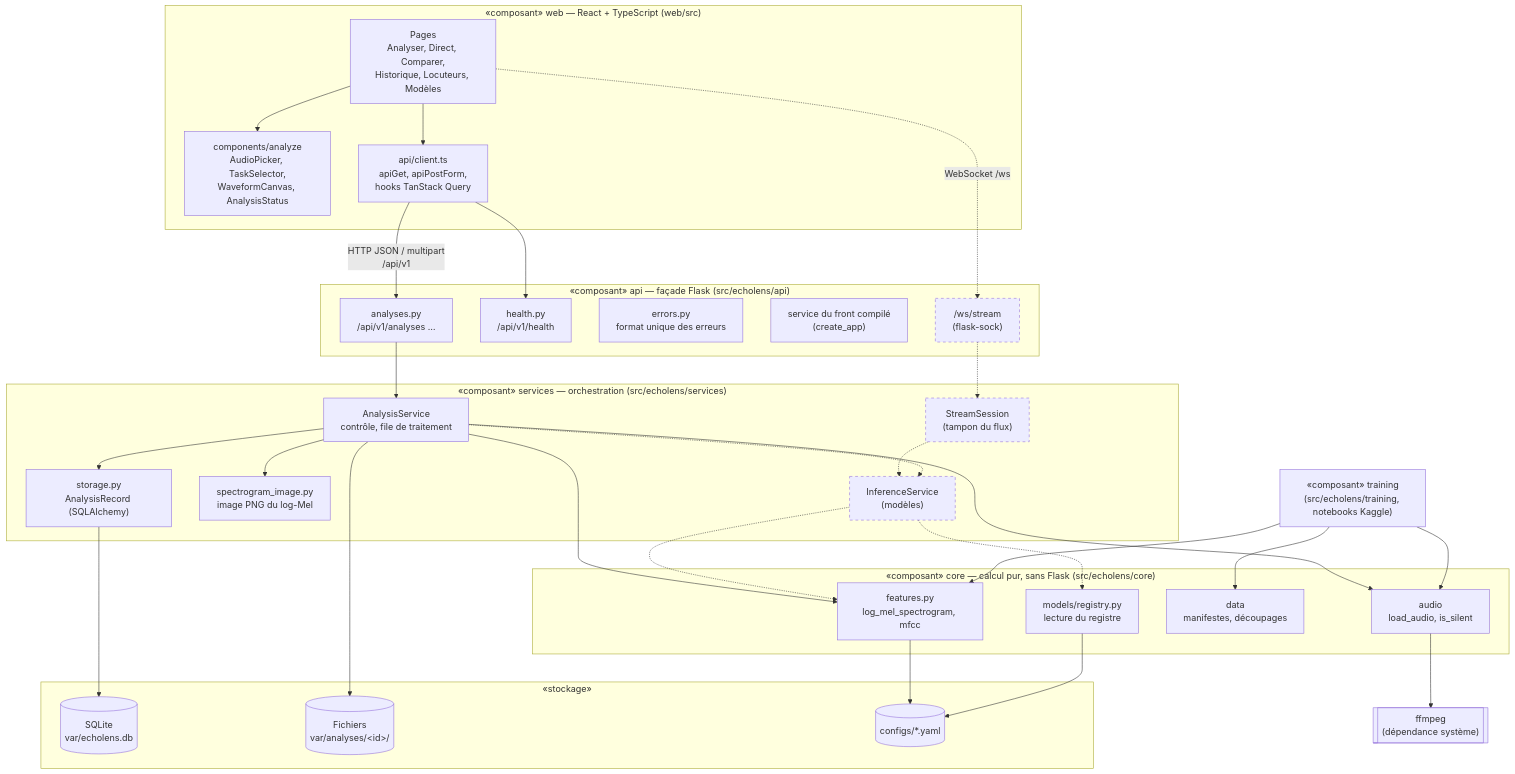
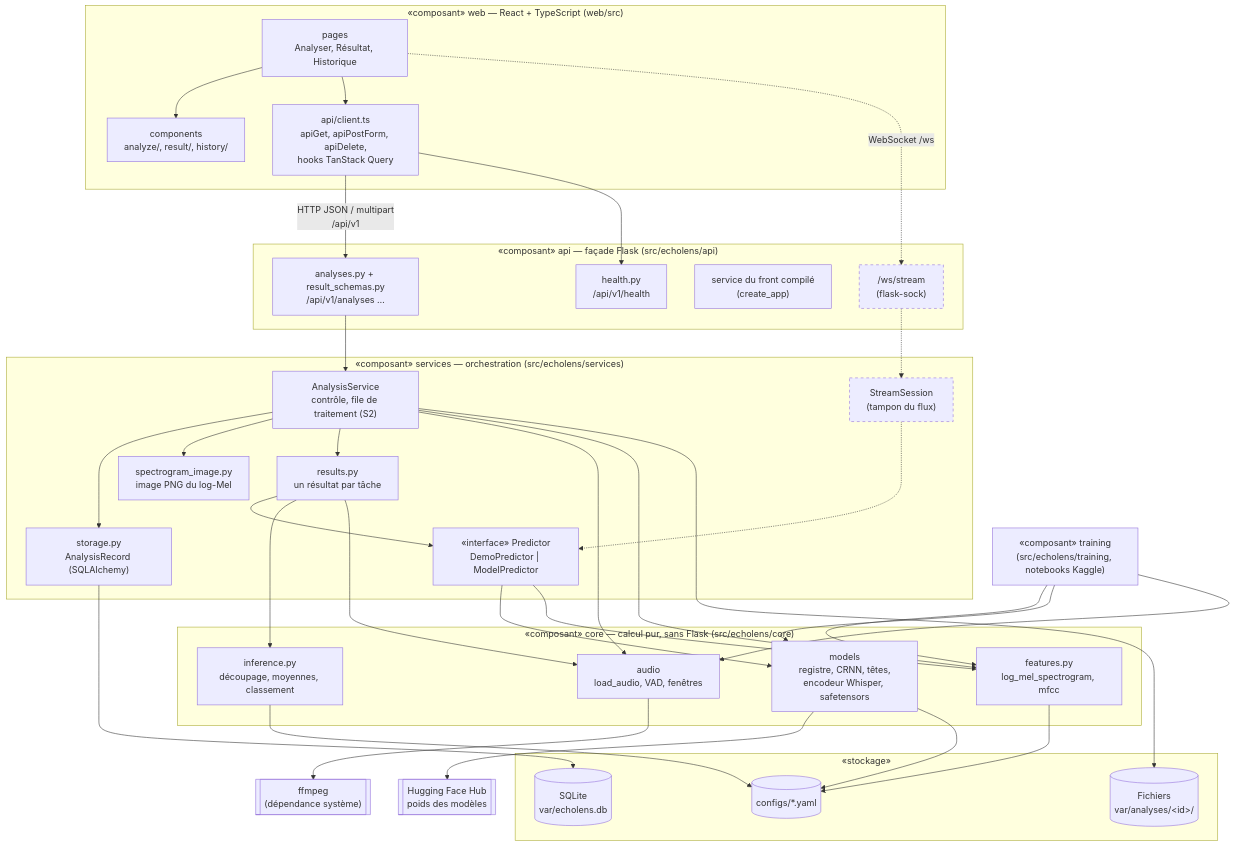
The diagram in docs/uml/composants.md (mentalist011101/TP_SIGNAL_DS), drawn with Mermaid before and after one commit. The commit also changed other lines of this file and 6 other files, not shown here.

First line of the commit message:
docs(uml): met les diagrammes à jour après C13 et la PR #28, et ajoute leur fiche de révision (N3)

````diff
--- a/docs/uml/composants.md
+++ b/docs/uml/composants.md
@@ -11,71 +12,77 @@
 ```mermaid
 flowchart TB
     subgraph WEB["«composant» web — React + TypeScript (web/src)"]
-        PAGES["Pages<br>Analyser, Direct, Comparer,<br>Historique, Locuteurs, Modèles"]
-        ANALYZE["components/analyze<br>AudioPicker, TaskSelector,<br>WaveformCanvas, AnalysisStatus"]
-        CLIENT["api/client.ts<br>apiGet, apiPostForm,<br>hooks TanStack Query"]
-        PAGES --> ANALYZE
+        PAGES["pages<br>Analyser, Résultat, Historique"]
+        COMPS["components<br>analyze/, result/, history/"]
+        CLIENT["api/client.ts<br>apiGet, apiPostForm, apiDelete,<br>hooks TanStack Query"]
+        PAGES --> COMPS
         PAGES --> CLIENT
     end
 
     subgraph API["«composant» api — façade Flask (src/echolens/api)"]
-        ANALYSES["analyses.py<br>/api/v1/analyses …"]
+        ANALYSES["analyses.py + result_schemas.py<br>/api/v1/analyses …"]
         HEALTH["health.py<br>/api/v1/health"]
-        ERRORS["errors.py<br>format unique des erreurs"]
         FRONT["service du front compilé<br>(create_app)"]
         WSROUTE["/ws/stream<br>(flask-sock)"]
     end
 
     subgraph SERVICES["«composant» services — orchestration (src/echolens/services)"]
-        ASERVICE["AnalysisService<br>contrôle, file de traitement"]
+        ASERVICE["AnalysisService<br>contrôle, file de traitement (S2)"]
         STORAGE["storage.py<br>AnalysisRecord (SQLAlchemy)"]
         SPECIMG["spectrogram_image.py<br>image PNG du log-Mel"]
-        INFER["InferenceService<br>(modèles)"]
+        RESULTS["results.py<br>un résultat par tâche"]
+        PREDICTOR["«interface» Predictor<br>DemoPredictor | ModelPredictor"]
         STREAM["StreamSession<br>(tampon du flux)"]
     end
 
     subgraph CORE["«composant» core — calcul pur, sans Flask (src/echolens/core)"]
-        AUDIO["audio<br>load_audio, is_silent"]
+        AUDIO["audio<br>load_audio, VAD, fenêtres"]
         FEATURES["features.py<br>log_mel_spectrogram, mfcc"]
-        DATA["data<br>manifestes, découpages"]
-        REGISTRY["models/registry.py<br>lecture du registre"]
+        INFERENCE["inference.py<br>découpage, moyennes, classement"]
+        MODELS["models<br>registre, CRNN, têtes,<br>encodeur Whisper, safetensors"]
     end
 
     subgraph STORE["«stockage»"]
         DB[("SQLite<br>var/echolens.db")]
         FILES[("Fichiers<br>var/analyses/&lt;id&gt;/")]
         CONFIGS[("configs/*.yaml")]
     end
 
     FFMPEG[["ffmpeg<br>(dépendance système)"]]
+    HFHUB[["Hugging Face Hub<br>poids des modèles"]]
     TRAINING["«composant» training<br>(src/echolens/training, notebooks Kaggle)"]
 
     CLIENT -- "HTTP JSON / multipart<br>/api/v1" --> ANALYSES
     CLIENT --> HEALTH
     PAGES -. "WebSocket /ws" .-> WSROUTE
 
     ANALYSES --> ASERVICE
     WSROUTE -.-> STREAM
-    STREAM -.-> INFER
-    ASERVICE -.-> INFER
+    STREAM -.-> PREDICTOR
 
     ASERVICE --> STORAGE
     ASERVICE --> SPECIMG
+    ASERVICE --> RESULTS
     ASERVICE --> AUDIO
+    RESULTS --> PREDICTOR
+    RESULTS --> INFERENCE
+    RESULTS --> AUDIO
+    PREDICTOR --> MODELS
+    PREDICTOR --> FEATURES
     ASERVICE --> FEATURES
-    INFER -.-> FEATURES
-    INFER -.-> REGISTRY
 
     STORAGE --> DB
     ASERVICE --> FILES
     AUDIO --> FFMPEG
+    MODELS --> HFHUB
     FEATURES --> CONFIGS
-    REGISTRY --> CONFIGS
+    INFERENCE --> CONFIGS
+    MODELS --> CONFIGS
 
     TRAINING --> FEATURES
-    TRAINING --> DATA
+    TRAINING --> MODELS
     TRAINING --> AUDIO
 
     classDef prevu stroke-dasharray: 5 5
-    class WSROUTE,INFER,STREAM prevu
+    class WSROUTE,STREAM prevu
 ```
````
